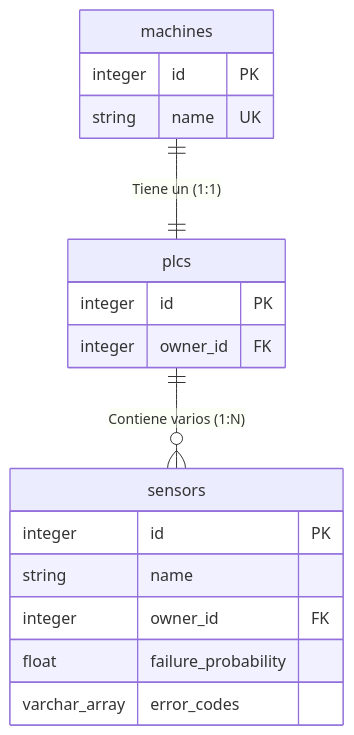
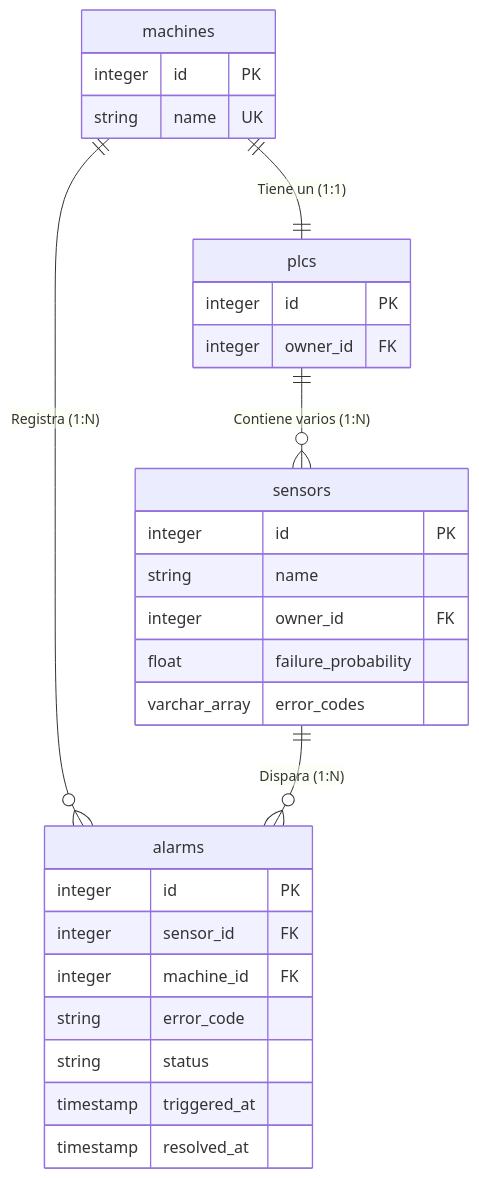
The diagram in README.md (TFM-JUPITER-ASISTENTE-INDUSTRIAL/factoria), drawn with Mermaid before and after one commit. The commit also changed other lines of this file, not shown here.

````diff
--- a/README.md
+++ b/README.md
@@ -44,21 +66,32 @@
 ```mermaid
 erDiagram
     machines {
         integer id PK
         string name UK
     }
     plcs {
         integer id PK
         integer owner_id FK
     }
     sensors {
         integer id PK
         string name
         integer owner_id FK
         float failure_probability
         varchar_array error_codes
     }
+    alarms {
+        integer id PK
+        integer sensor_id FK
+        integer machine_id FK
+        string error_code
+        string status
+        timestamp triggered_at
+        timestamp resolved_at
+    }
 
     machines ||--|| plcs : "Tiene un (1:1)"
     plcs ||--o{ sensors : "Contiene varios (1:N)"
+    machines ||--o{ alarms : "Registra (1:N)"
+    sensors ||--o{ alarms : "Dispara (1:N)"
 ```
````
